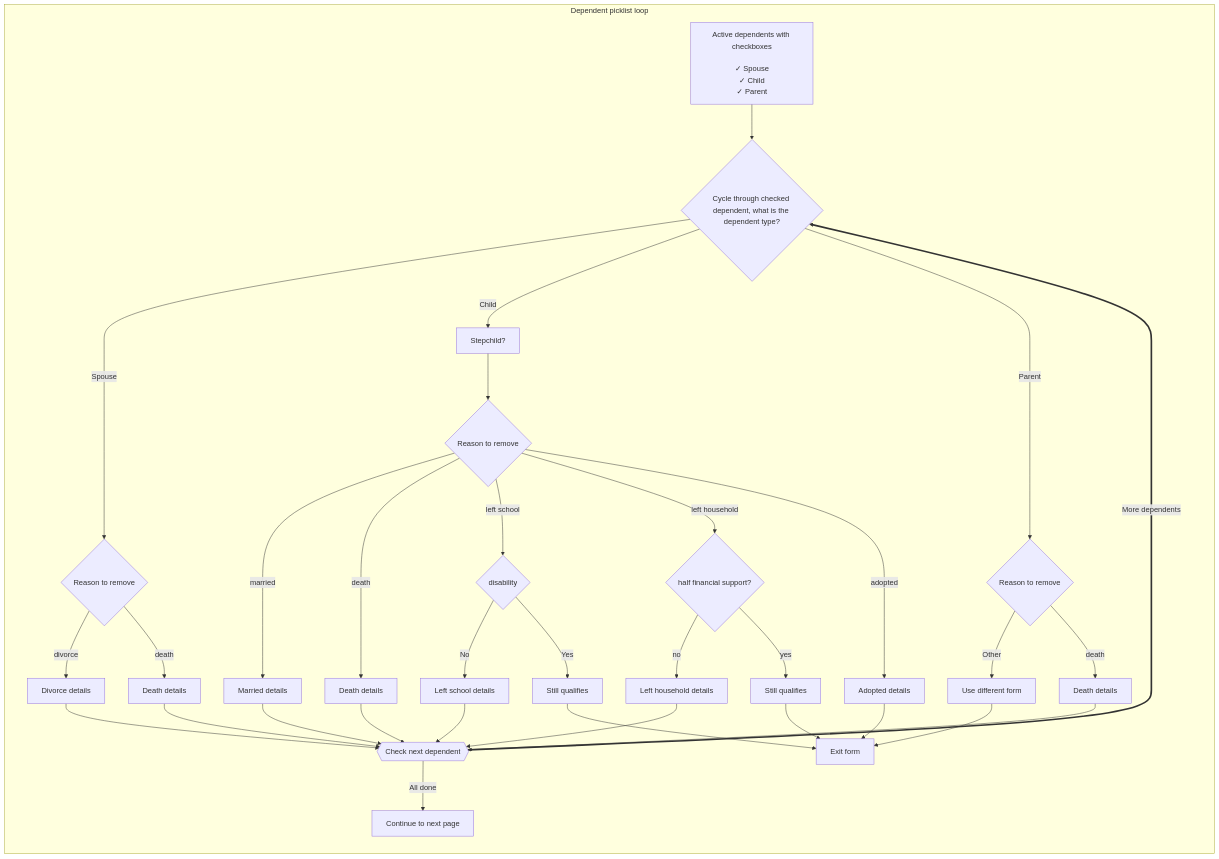
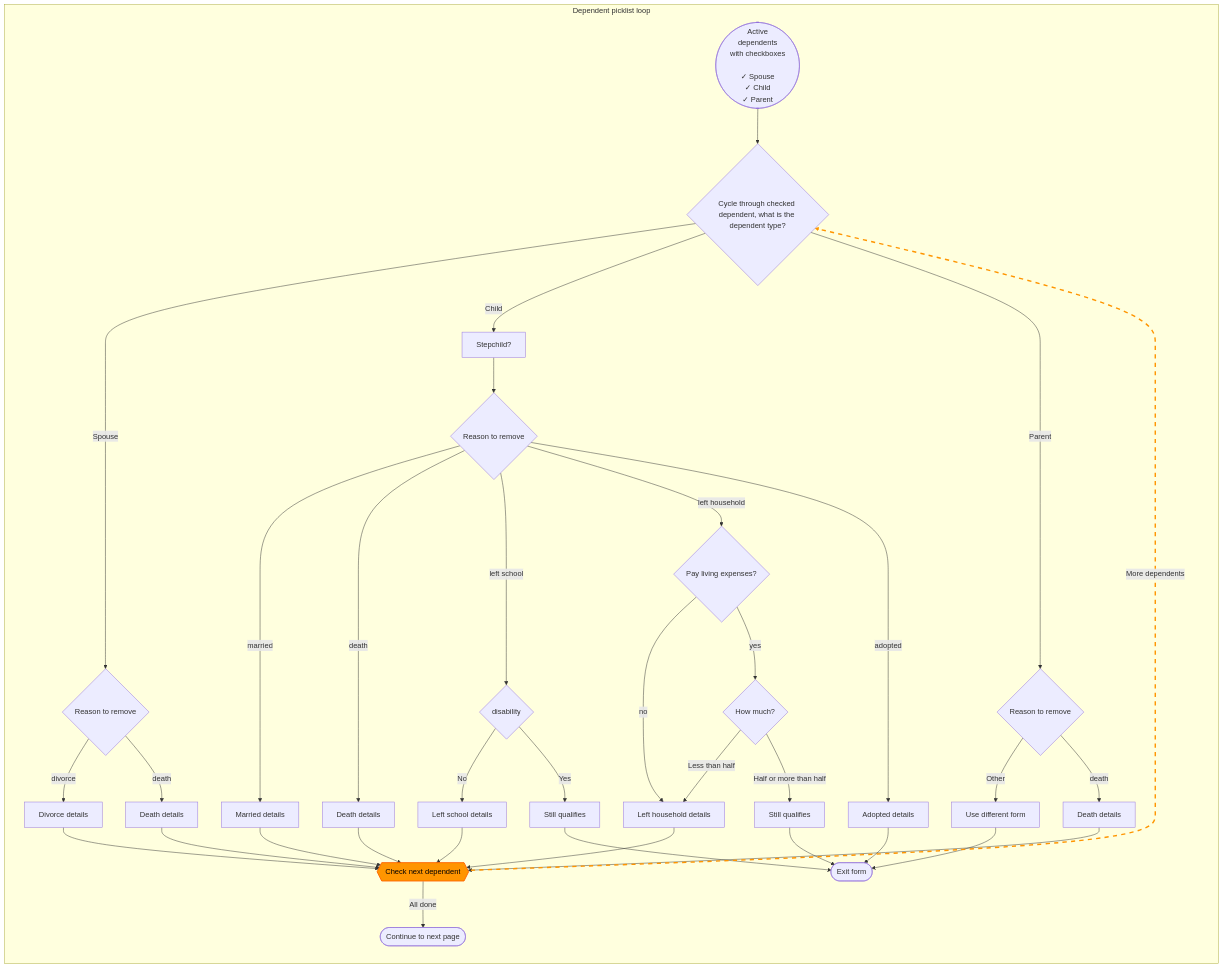
Before and after one commit to department-of-veterans-affairs/va.gov-team: the diagram in products/dependents/picklist/flow.md, drawn with Mermaid. The commit also changed other lines of this file, not shown here.

Commit message:
Add stepchild financial amount page
Also improved naming of nodes in mermaid

````diff
--- a/products/dependents/picklist/flow.md
+++ b/products/dependents/picklist/flow.md
@@ -3,43 +3,53 @@
 ```mermaid
 flowchart TD
-  Start[Active dependents with checkboxes<br><br>✓ Spouse<br>✓ Child<br>✓ Parent]
+  Start([Active<br>dependents<br>with checkboxes<br><br>✓ Spouse<br>✓ Child<br>✓ Parent])
 
   subgraph DepLoop[Dependent picklist loop]
     direction TB
     DepType{Cycle through checked dependent, what is the dependent type?}
     Start --> DepType
-    DepType -- "Spouse" --> SpouseQ0{Reason to remove}
-    SpouseQ0 -- "divorce" --> SpouseQ1[Divorce details]
-    SpouseQ1 --> NextDep
-    SpouseQ0 -- "death" --> SpouseQ2[Death details]
-    SpouseQ2 --> NextDep@{ shape: hex, label: "Check next dependent" }
+    DepType -- "Spouse" --> SpouseReasonToRemove{Reason to remove}
+    SpouseReasonToRemove -- "divorce" --> SpouseDetails[Divorce details]
+    SpouseDetails --> NextDep
+    SpouseReasonToRemove -- "death" --> SpouseDeathDetails[Death details]
+    SpouseDeathDetails --> NextDep
 
-    DepType -- "Child" --> ChildQ0[Stepchild?]
-    ChildQ0 --> ChildQ1{Reason to remove}
-    ChildQ2a -- "No" --> ChildQ2b[Left school details]
-    ChildQ2b --> NextDep
-    ChildQ1 -- "married" --> ChildQ3[Married details]
-    ChildQ3 --> NextDep
-    ChildQ1 -- "death" --> ChildQ4[Death details]
-    ChildQ4 --> NextDep
-    ChildQ1 -- "left school" --> ChildQ2a{disability}
-    ChildQ2a -- "Yes" --> ChildQ2x[Still qualifies]
-    ChildQ2x --> exit[Exit form]
-    ChildQ1 -- "left household" --> ChildQ7{half financial support?}
-    ChildQ7 -- "no" --> ChildQ7b[Left household details]
-    ChildQ7b --> NextDep
-    ChildQ7 -- "yes" --> ChildQ7x[Still qualifies]
-    ChildQ7x --> exit[Exit form]
-    ChildQ1 -- "adopted" --> ChildQ5x[Adopted details]
-    ChildQ5x --> exit
+    DepType -- "Child" --> ChildIsStepchild[Stepchild?]
+    ChildIsStepchild --> ChildReasonToRemove{Reason to remove}
+    ChildHasDisability -- "No" --> ChildLeftSchoolDetails[Left school details]
+    ChildLeftSchoolDetails --> NextDep
+    ChildReasonToRemove -- "married" --> ChildMarriedDetails[Married details]
+    ChildMarriedDetails --> NextDep
+    ChildReasonToRemove -- "death" --> ChildDeathDetails[Death details]
+    ChildDeathDetails --> NextDep
+    ChildReasonToRemove -- "left school" --> ChildHasDisability{disability}
+    ChildHasDisability -- "Yes" --> ChildStillQualifies[Still qualifies]
+    ChildStillQualifies --> exit([Exit form])
+    ChildReasonToRemove -- "left household" --> ChildPayExpenses{Pay living expenses?}
+    ChildPayExpenses -- "no" --> ChildLeftHouseholdDetails[Left household details]
+    ChildLeftHouseholdDetails --> NextDep
+    ChildPayExpenses -- "yes" --> ChildFinancialAmount{How much?}
+    ChildFinancialAmount -- "Less than half" --> ChildLeftHouseholdDetails
+    ChildFinancialAmount -- "Half or more than half" --> ChildStillQualifies2[Still qualifies]
+    ChildStillQualifies2 --> exit
+    ChildReasonToRemove -- "adopted" --> ChildAdoptedDetails[Adopted details]
+    ChildAdoptedDetails --> exit
 
-    DepType -- "Parent" --> ParentQ0{Reason to remove}
-    ParentQ0 -- "Other" --> ParentQx[Use different form]
-    ParentQx --> exit
-    ParentQ0 -- "death" --> ParentQ1[Death details]
-    ParentQ1 --> NextDep
+    DepType -- "Parent" --> ParentReasonToRemove{Reason to remove}
+    ParentReasonToRemove -- "Other" --> ParentExit[Use different form]
+    ParentExit --> exit
+    ParentReasonToRemove -- "death" --> ParentDeathDetails[Death details]
+    ParentDeathDetails --> NextDep
 
-    NextDep == "More dependents" ==> DepType
-    NextDep -- "All done" --> Done[Continue to next page]
+    NextDep@{ shape: hex, label: "Check next dependent" }
+    NextDep l1@-- "More dependents" --> DepType
+    NextDep -- "All done" --> Done([Continue to next page])
   end
+
+  classDef animate stroke-dasharray: 9,5,stroke-dashoffset: 1200,animation: dash 25s linear infinite, stroke:#ff9500, stroke-width:3px;
+  class l1 animate
+
+  %% Styling
+  style NextDep fill:#ff9500,stroke:#ff6600,stroke-width:2px,color:#000000
+
 ```
````
